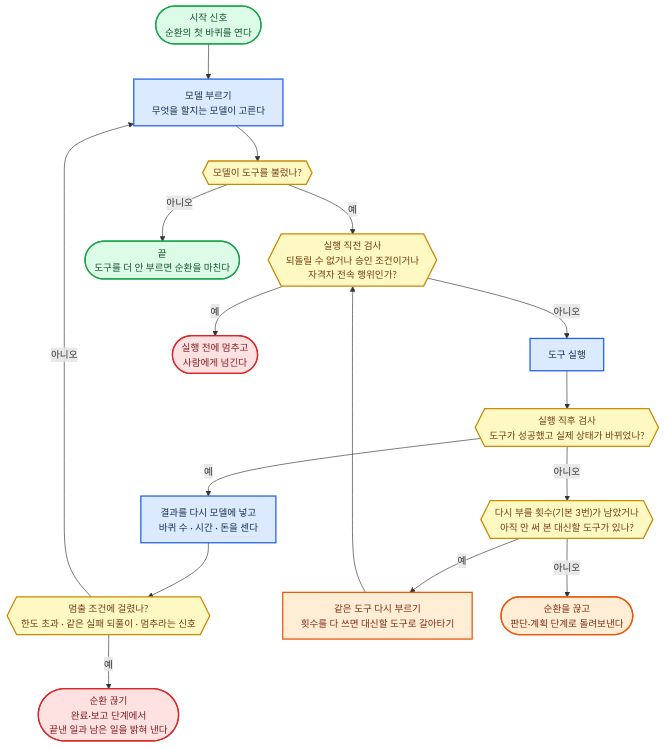
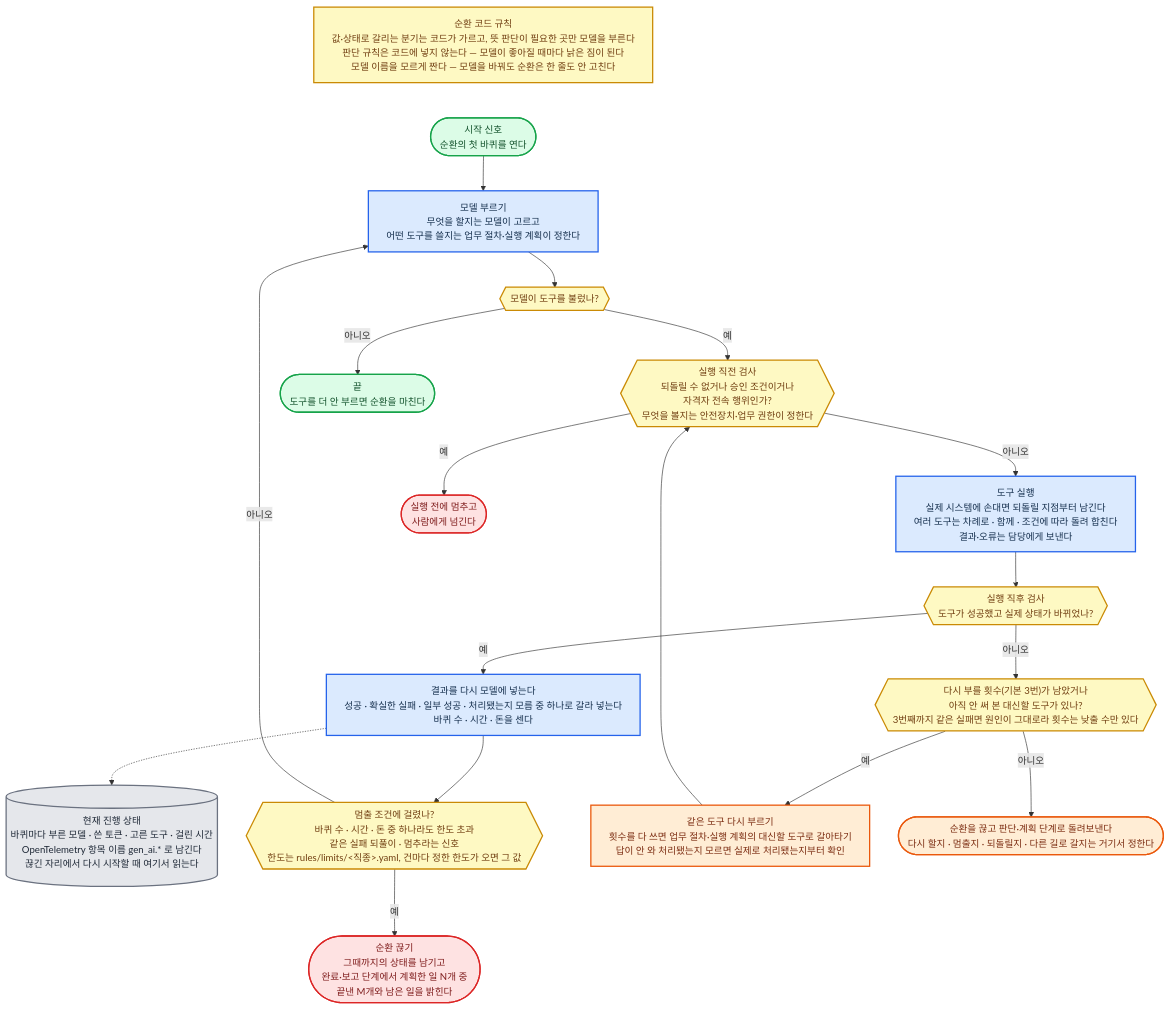
One commit to harisbaguette/expert changed the seventh of 8 diagrams in 전문가 에이전트 정의 1.md. Above: the diagram before and after it, drawn with Mermaid. The commit also changed other lines of this file, not shown here.

Commit message:
실행 제어 아래 목록을 순서도 안으로 옮기고, 환경별 차이만 표로 남김 (정의 1)
- 코드 규칙은 맨 위 규칙 상자로
- 한도 값·검사 주체·되돌릴 지점·결과 네 갈래·다시 부르기 조건은 해당 상자 안으로
- 바퀴 기록은 현재 진행 상태 원통 상자로
- ①·②③ 환경 차이는 표 하나로

````diff
--- a/전문가 에이전트 정의 1.md
+++ b/전문가 에이전트 정의 1.md
@@ -1082,35 +1082,39 @@
 ```mermaid
 %%{init: {"flowchart": {"wrappingWidth": 640, "curve": "basis", "nodeSpacing": 45, "rankSpacing": 55, "padding": 14, "useMaxWidth": true}, "themeVariables": {"fontSize": "15px"}} }%%
 flowchart TB
+    RULE["순환 코드 규칙<br/>값·상태로 갈리는 분기는 코드가 가르고, 뜻 판단이 필요한 곳만 모델을 부른다<br/>판단 규칙은 코드에 넣지 않는다 — 모델이 좋아질 때마다 낡은 짐이 된다<br/>모델 이름을 모르게 짠다 — 모델을 바꿔도 순환은 한 줄도 안 고친다"]:::note
     START(["시작 신호<br/>순환의 첫 바퀴를 연다"]):::good
-    M["모델 부르기<br/>무엇을 할지는 모델이 고른다"]:::main
+    M["모델 부르기<br/>무엇을 할지는 모델이 고르고<br/>어떤 도구를 쓸지는 업무 절차·실행 계획이 정한다"]:::main
     QQ{{"모델이 도구를 불렀나?"}}:::note
-    PRE{{"실행 직전 검사<br/>되돌릴 수 없거나 승인 조건이거나<br/>자격자 전속 행위인가?"}}:::note
-    T["도구 실행"]:::main
+    PRE{{"실행 직전 검사<br/>되돌릴 수 없거나 승인 조건이거나<br/>자격자 전속 행위인가?<br/>무엇을 볼지는 안전장치·업무 권한이 정한다"}}:::note
+    T["도구 실행<br/>실제 시스템에 손대면 되돌릴 지점부터 남긴다<br/>여러 도구는 차례로 · 함께 · 조건에 따라 돌려 합친다<br/>결과·오류는 담당에게 보낸다"]:::main
     POST{{"실행 직후 검사<br/>도구가 성공했고 실제 상태가 바뀌었나?"}}:::note
-    BACK["결과를 다시 모델에 넣고<br/>바퀴 수 · 시간 · 돈을 센다"]:::main
-    CNT{{"멈출 조건에 걸렸나?<br/>한도 초과 · 같은 실패 되풀이 · 멈추라는 신호"}}:::note
-    STOPN(["순환 끊기<br/>완료·보고 단계에서<br/>끝낸 일과 남은 일을 밝혀 낸다"]):::stop
-    RETRY_Q{{"다시 부를 횟수(기본 3번)가 남았거나<br/>아직 안 써 본 대신할 도구가 있나?"}}:::note
-    RETRY["같은 도구 다시 부르기<br/>횟수를 다 쓰면 대신할 도구로 갈아타기"]:::back
-    PLAN(["순환을 끊고<br/>판단·계획 단계로 돌려보낸다"]):::back
+    BACK["결과를 다시 모델에 넣는다<br/>성공 · 확실한 실패 · 일부 성공 · 처리됐는지 모름 중 하나로 갈라 넣는다<br/>바퀴 수 · 시간 · 돈을 센다"]:::main
+    LOG[("현재 진행 상태<br/>바퀴마다 부른 모델 · 쓴 토큰 · 고른 도구 · 걸린 시간<br/>OpenTelemetry 항목 이름 gen_ai.* 로 남긴다<br/>끊긴 자리에서 다시 시작할 때 여기서 읽는다")]:::store
+    CNT{{"멈출 조건에 걸렸나?<br/>바퀴 수 · 시간 · 돈 중 하나라도 한도 초과<br/>같은 실패 되풀이 · 멈추라는 신호<br/>한도는 rules/limits/&lt;직종&gt;.yaml, 건마다 정한 한도가 오면 그 값"}}:::note
+    STOPN(["순환 끊기<br/>그때까지의 상태를 남기고<br/>완료·보고 단계에서 계획한 일 N개 중<br/>끝낸 M개와 남은 일을 밝힌다"]):::stop
+    RETRY_Q{{"다시 부를 횟수(기본 3번)가 남았거나<br/>아직 안 써 본 대신할 도구가 있나?<br/>3번째까지 같은 실패면 원인이 그대로라 횟수는 낮출 수만 있다"}}:::note
+    RETRY["같은 도구 다시 부르기<br/>횟수를 다 쓰면 업무 절차·실행 계획의 대신할 도구로 갈아타기<br/>답이 안 와 처리됐는지 모르면 실제로 처리됐는지부터 확인"]:::back
+    PLAN(["순환을 끊고 판단·계획 단계로 돌려보낸다<br/>다시 할지 · 멈출지 · 되돌릴지 · 다른 길로 갈지는 거기서 정한다"]):::back
     DONE(["끝<br/>도구를 더 안 부르면 순환을 마친다"]):::good
     HUM(["실행 전에 멈추고<br/>사람에게 넘긴다"]):::stop
+    RULE ~~~ START
     START --> M --> QQ
     QQ -- "예" --> PRE
     QQ -- "아니오" --> DONE
     PRE -- "아니오" --> T --> POST
     PRE -- "예" --> HUM
     POST -- "예" --> BACK --> CNT
+    BACK -.-> LOG
     POST -- "아니오" --> RETRY_Q
     RETRY_Q -- "예" --> RETRY --> PRE
     RETRY_Q -- "아니오" --> PLAN
     CNT -- "예" --> STOPN
     CNT -- "아니오" --> M
     classDef main fill:#dbeafe,stroke:#2563eb,stroke-width:2px,color:#17314f
     classDef stop fill:#fee2e2,stroke:#dc2626,stroke-width:2px,color:#7f1d1d
     classDef back fill:#ffedd5,stroke:#ea580c,stroke-width:2px,color:#7c2d12
     classDef store fill:#e5e7eb,stroke:#6b7280,stroke-width:2px,color:#1f2937
     classDef good fill:#dcfce7,stroke:#16a34a,stroke-width:2px,color:#14532d
     classDef note fill:#fef9c3,stroke:#ca8a04,stroke-width:2px,color:#713f12
 ```
````
